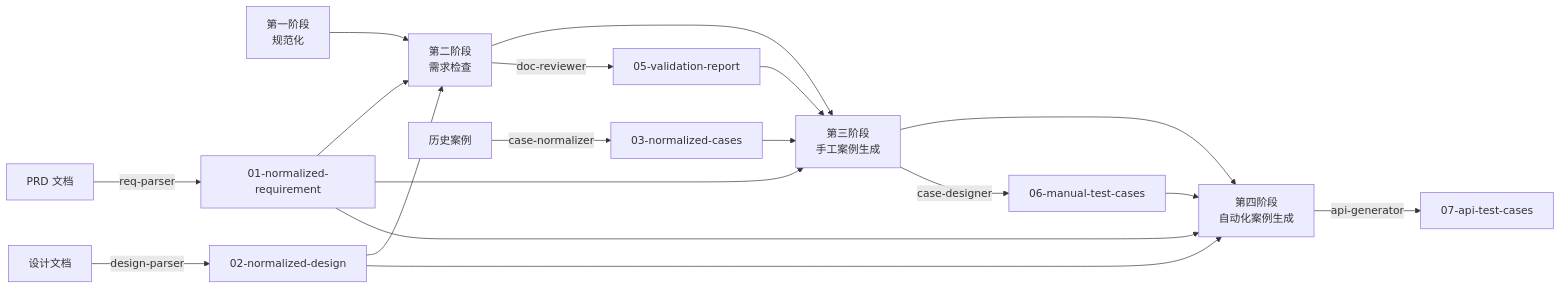
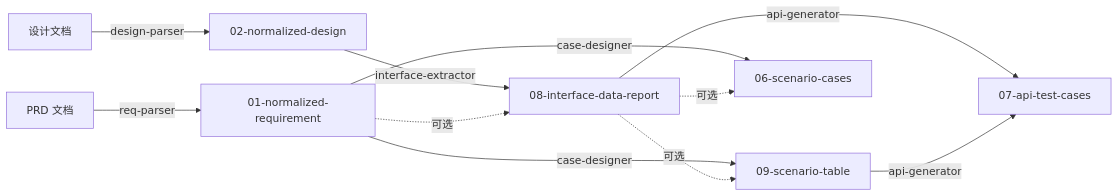
Before and after one commit to kalen-tang/test-workflow: the first of 2 diagrams in plugins/za-qe/references/artifact-schemas/00-overview.md, drawn with Mermaid. The commit also changed other lines of this file and 22 other files, not shown here.

First line of the commit message:
feat(BANK-0000): 重构 Skill 架构，拆分职责并新增 artifact-schemas

````diff
--- a/plugins/za-qe/references/artifact-schemas/00-overview.md
+++ b/plugins/za-qe/references/artifact-schemas/00-overview.md
@@ -111,24 +111,16 @@
 ```mermaid
 graph LR
-    A[第一阶段<br/>规范化] --> B[第二阶段<br/>需求检查]
-    B --> C[第三阶段<br/>手工案例生成]
-    C --> D[第四阶段<br/>自动化案例生成]
-
     A1[PRD 文档] -->|req-parser| A2[01-normalized-requirement]
     A3[设计文档] -->|design-parser| A4[02-normalized-design]
-    A5[历史案例] -->|case-normalizer| A6[03-normalized-cases]
 
-    A2 --> B
-    A4 --> B
-    B -->|doc-reviewer| B2[05-validation-report]
+    A4 -->|interface-extractor| A8[08-interface-data-report]
+    A2 -.->|可选| A8
 
-    A2 --> C
-    B2 --> C
-    A6 --> C
-    C -->|case-designer| C2[06-manual-test-cases]
+    A2 -->|case-designer| A9[09-scenario-table]
+    A8 -.->|可选| A9
+    A2 -->|case-designer| A6[06-scenario-cases]
+    A8 -.->|可选| A6
 
-    A2 --> D
-    A4 --> D
-    C2 --> D
-    D -->|api-generator| D2[07-api-test-cases]
+    A8 -->|api-generator| A7[07-api-test-cases]
+    A9 -->|api-generator| A7
 ```
````
